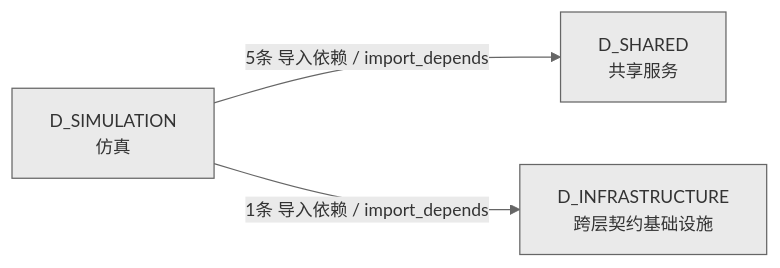
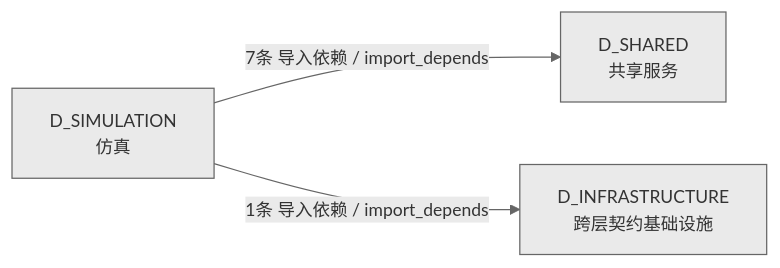
One commit to xuanFelixVan/ZephyrAlpha changed the fourth of 4 diagrams in docs/02_enterprise_architecture/02_domain_architecture_docs/70_d_simulation.md. Above: the diagram before and after it, drawn with Mermaid. The commit also changed other lines of this file and 46 other files, not shown here.

````diff
--- a/docs/02_enterprise_architecture/02_domain_architecture_docs/70_d_simulation.md
+++ b/docs/02_enterprise_architecture/02_domain_architecture_docs/70_d_simulation.md
@@ -197,9 +203,9 @@
 ```mermaid
 %%{init: {'theme': 'base', 'themeVariables': {'primaryColor': '#eaeaea', 'primaryTextColor': '#333333', 'primaryBorderColor': '#666666', 'lineColor': '#666666', 'secondaryColor': '#eaeaea', 'tertiaryColor': '#eaeaea', 'fontSize': '14px'}}}%%
 graph LR
     D_SIMULATION["D_SIMULATION<br/>仿真"]
     D_SHARED["D_SHARED<br/>共享服务"]
     D_INFRASTRUCTURE["D_INFRASTRUCTURE<br/>跨层契约基础设施"]
-    D_SIMULATION -->|5条 导入依赖 / import_depends| D_SHARED
+    D_SIMULATION -->|7条 导入依赖 / import_depends| D_SHARED
     D_SIMULATION -->|1条 导入依赖 / import_depends| D_INFRASTRUCTURE
 ```
````
